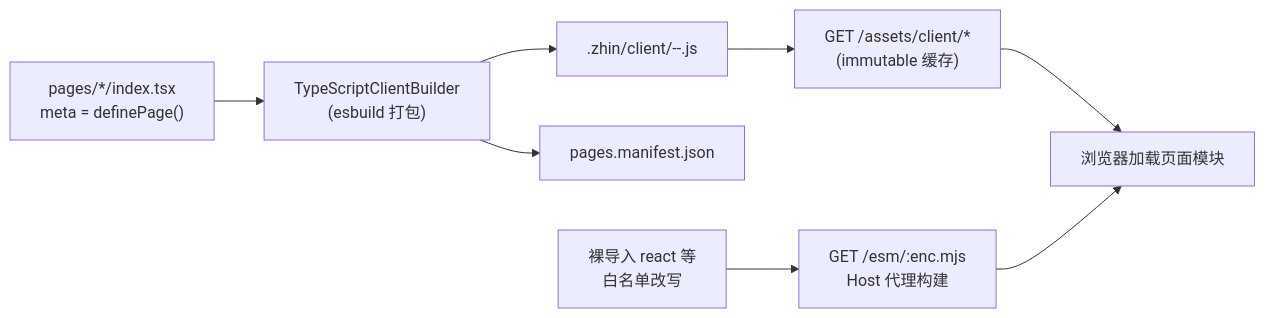
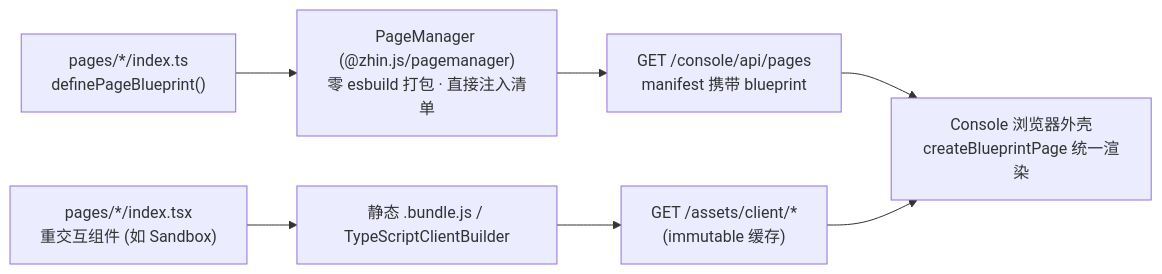
The diagram in docs/authoring/console-pages.md (zhinjs/zhin), drawn with Mermaid before and after one commit. The commit also changed other lines of this file and 13 other files, not shown here.

Commit message:
docs: update architecture, console blueprints, capability graph, and READMEs for 5-direction refactor

````diff
--- a/docs/authoring/console-pages.md
+++ b/docs/authoring/console-pages.md
@@ -528,10 +586,9 @@
 ```mermaid
 flowchart LR
-    A["pages/*/index.tsx<br/>meta = definePage()"] --> B["TypeScriptClientBuilder<br/>(esbuild 打包)"]
-    B --> C[".zhin/client/<owner>-<name>-<hash>.js"]
-    B --> D["pages.manifest.json"]
-    C --> E["GET /assets/client/*<br/>(immutable 缓存)"]
-    F["裸导入 react 等<br/>白名单改写"] --> G["GET /esm/:enc.mjs<br/>Host 代理构建"]
-    E --> H[浏览器加载页面模块]
-    G --> H
+    BP["pages/*/index.ts<br/>definePageBlueprint()"] --> PM["PageManager (@zhin.js/pagemanager)<br/>零 esbuild 打包 · 直接注入清单"]
+    PM --> M["GET /console/api/pages<br/>manifest 携带 blueprint"]
+    M --> BR["Console 浏览器外壳<br/>createBlueprintPage 统一渲染"]
+    TSX["pages/*/index.tsx<br/>重交互组件 (如 Sandbox)"] --> B["静态 .bundle.js / TypeScriptClientBuilder"]
+    B --> E["GET /assets/client/*<br/>(immutable 缓存)"]
+    E --> BR
 ```
````
